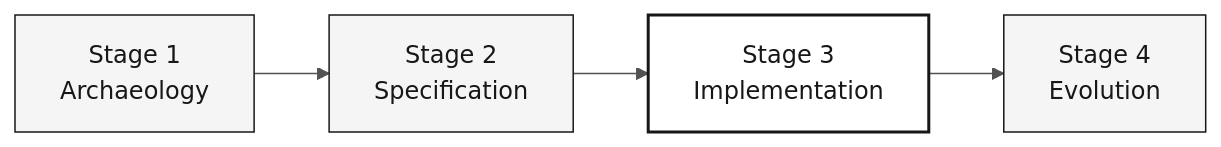
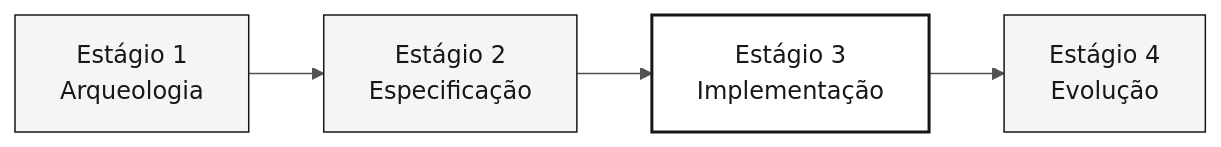
Before and after one commit to paulasilvatech/datacorp-sifap-team-kit-pt-br: the diagram in 05-personas/07-dba/PERSONA.md, drawn with Mermaid. The commit also changed other lines of this file and 361 other files, not shown here.

````diff
--- a/05-personas/07-dba/PERSONA.md
+++ b/05-personas/07-dba/PERSONA.md
@@ -30,10 +30,10 @@
 ```mermaid
 %%{init: {'theme':'neutral','themeVariables':{'fontFamily':'ui-sans-serif, system-ui, sans-serif','primaryColor':'#F5F5F5','primaryTextColor':'#171717','primaryBorderColor':'#171717','lineColor':'#525252','secondaryColor':'#FFFFFF','tertiaryColor':'#FAFAFA','background':'#FFFFFF'}}}%%
 flowchart LR
     classDef step fill:#F5F5F5,stroke:#171717,color:#171717
     classDef active fill:#FFFFFF,stroke:#171717,color:#171717,stroke-width:2px
     classDef muted fill:#FAFAFA,stroke:#A3A3A3,color:#404040
-    S1["Stage 1<br/>Archaeology"]:::step --> S2["Stage 2<br/>Specification"]:::step
-    S2 --> S3["Stage 3<br/>Implementation"]:::active
-    S3 --> S4["Stage 4<br/>Evolution"]:::step
+    S1["Estágio 1<br/>Arqueologia"]:::step --> S2["Estágio 2<br/>Especificação"]:::step
+    S2 --> S3["Estágio 3<br/>Implementação"]:::active
+    S3 --> S4["Estágio 4<br/>Evolução"]:::step
 ```
````
